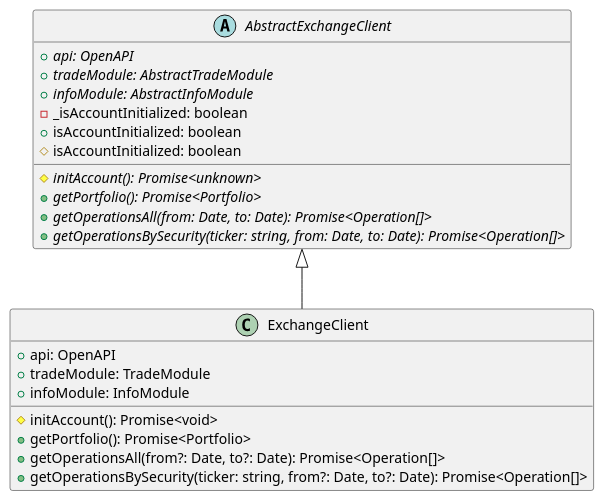
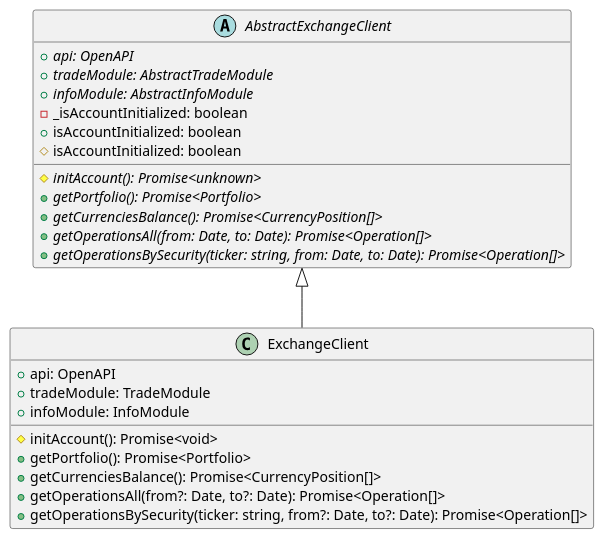
The diagram in docs/src/ExchangeClient/client.puml (d0rich/tradeb0t), drawn with PlantUML before and after one commit. The commit also changed 7 other files, not shown here.

Commit message:
Create diagrams

```diff
--- a/docs/src/ExchangeClient/client.puml
+++ b/docs/src/ExchangeClient/client.puml
@@ -1,23 +1,25 @@
 @startuml
 class ExchangeClient extends AbstractExchangeClient {
     +api: OpenAPI
     +tradeModule: TradeModule
     +infoModule: InfoModule
     #initAccount(): Promise<void>
     +getPortfolio(): Promise<Portfolio>
+    +getCurrenciesBalance(): Promise<CurrencyPosition[]>
     +getOperationsAll(from?: Date, to?: Date): Promise<Operation[]>
     +getOperationsBySecurity(ticker: string, from?: Date, to?: Date): Promise<Operation[]>
 }
 abstract class AbstractExchangeClient {
     +{abstract} api: OpenAPI
     +{abstract} tradeModule: AbstractTradeModule
     +{abstract} infoModule: AbstractInfoModule
     -_isAccountInitialized: boolean
     +isAccountInitialized: boolean
     #isAccountInitialized: boolean
     #{abstract} initAccount(): Promise<unknown>
     +{abstract} getPortfolio(): Promise<Portfolio>
+    +{abstract} getCurrenciesBalance(): Promise<CurrencyPosition[]>
     +{abstract} getOperationsAll(from: Date, to: Date): Promise<Operation[]>
     +{abstract} getOperationsBySecurity(ticker: string, from: Date, to: Date): Promise<Operation[]>
 }
 @enduml
```
